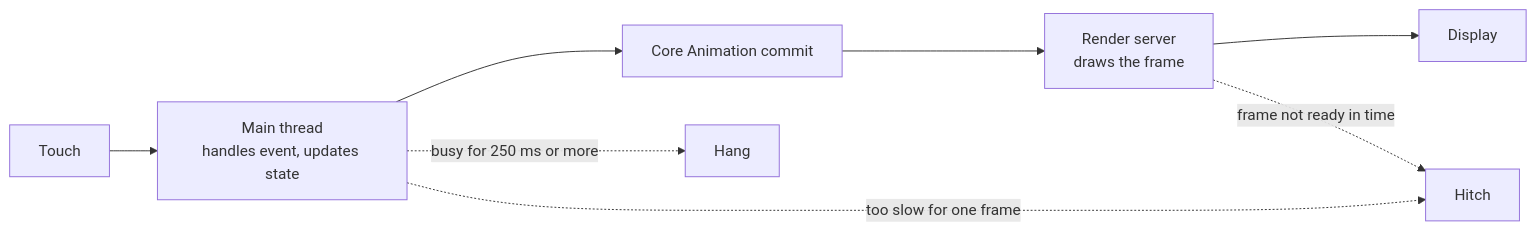
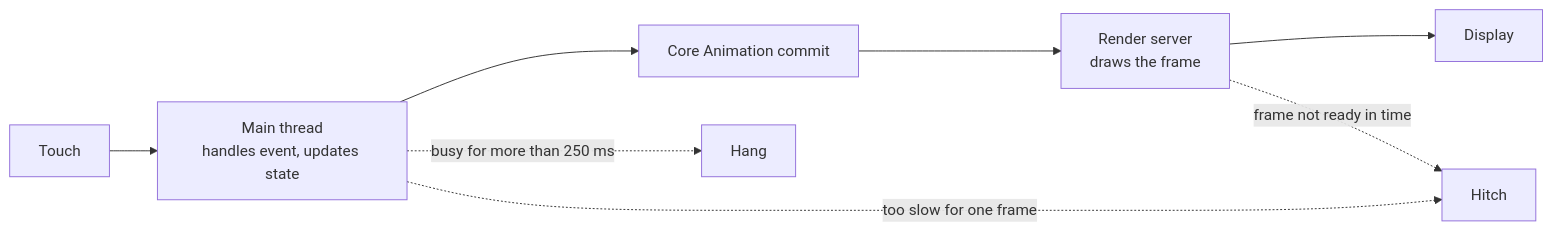
The third of 4 diagrams in learn/day7-ship-like-a-senior.md (ehzawad/ideation-of-ios-app), drawn with Mermaid before and after one commit. The commit also changed other lines of this file and 4 other files, not shown here.

````diff
--- a/learn/day7-ship-like-a-senior.md
+++ b/learn/day7-ship-like-a-senior.md
@@ -108,10 +108,10 @@
 ```mermaid
 flowchart LR
   I["Touch"] --> M["Main thread<br/>handles event, updates state"]
   M --> C["Core Animation commit"]
   C --> R["Render server<br/>draws the frame"]
   R --> D["Display"]
-  M -.->|"busy for 250 ms or more"| H["Hang"]
+  M -.->|"busy for more than 250 ms"| H["Hang"]
   M -.->|"too slow for one frame"| X["Hitch"]
   R -.->|"frame not ready in time"| X
 ```
````
